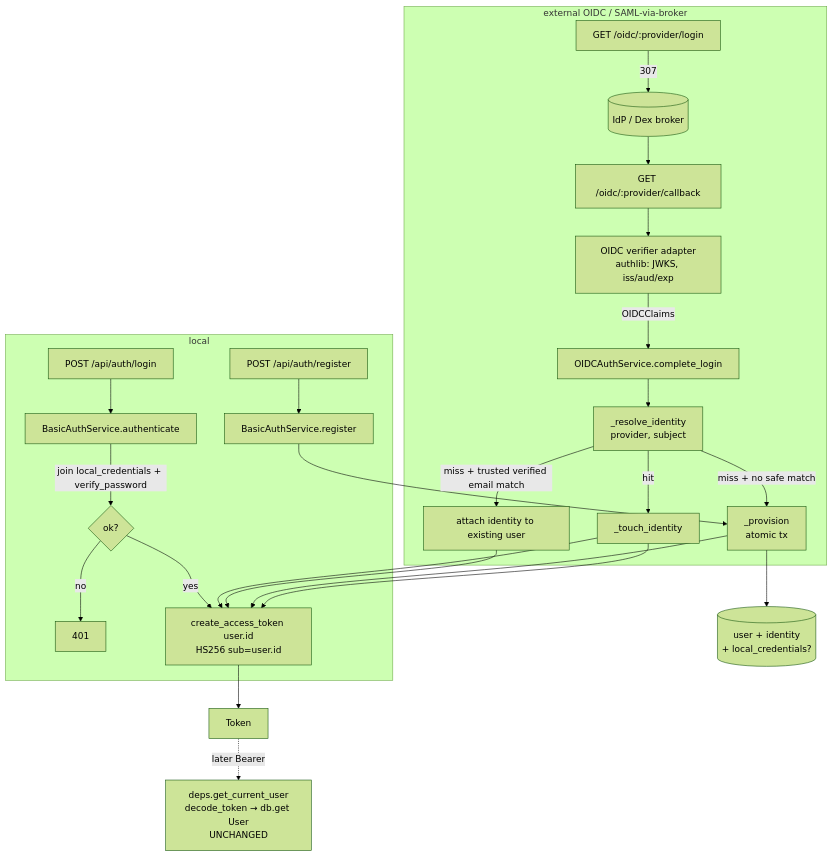
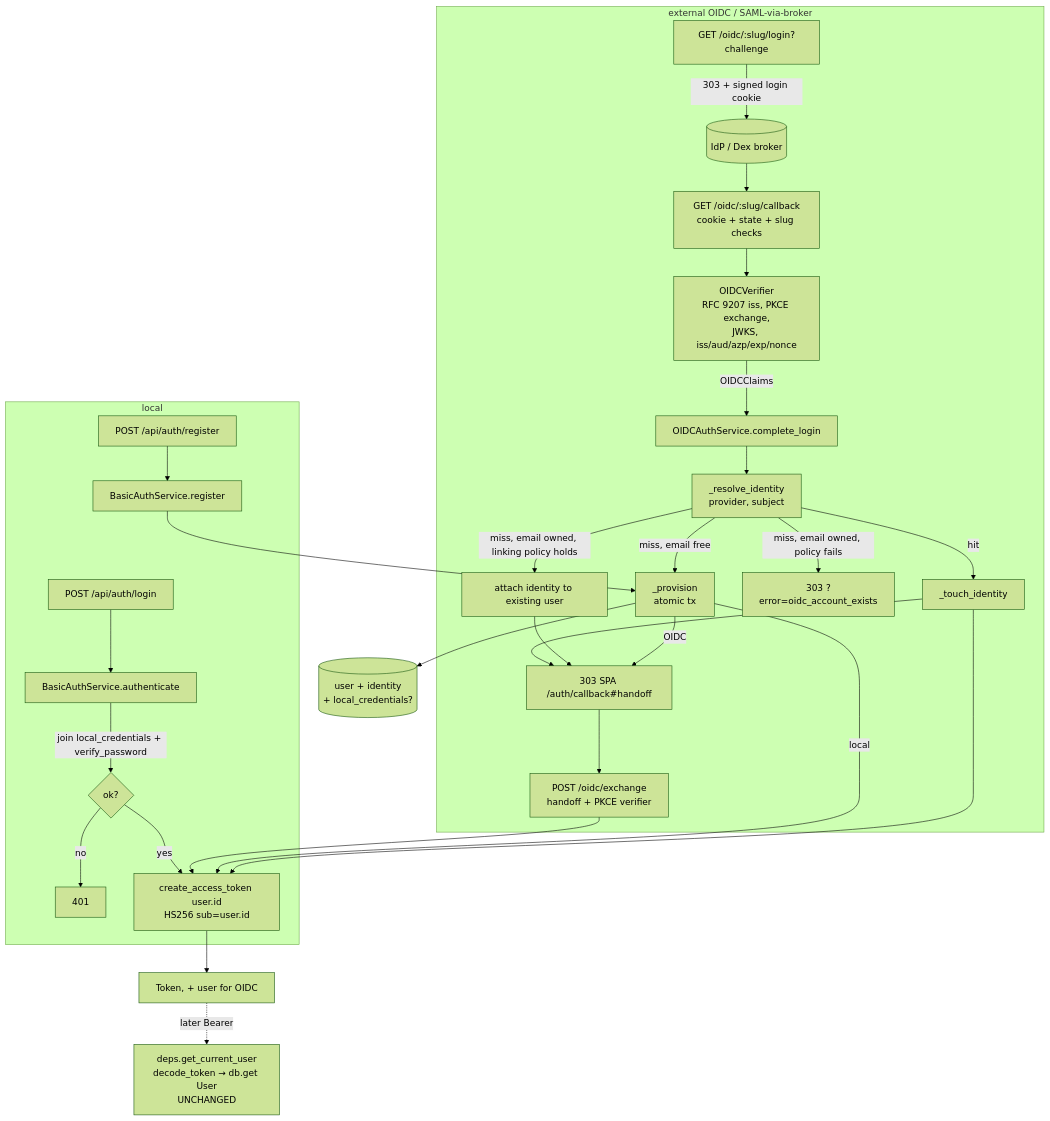
One commit to karthedew/marimohub changed the seventh of 15 diagrams in DESIGN.md. Above: the diagram before and after it, drawn with Mermaid (forest theme). The commit also changed other lines of this file and 151 other files, not shown here.

````diff
--- a/DESIGN.md
+++ b/DESIGN.md
@@ -1151,26 +1295,30 @@
 ```mermaid
 flowchart TD
     subgraph local [local]
         R[POST /api/auth/register] --> RS[BasicAuthService.register]
         L[POST /api/auth/login] --> AS[BasicAuthService.authenticate]
         AS -->|join local_credentials + verify_password| AV{ok?}
         AV -->|no| N401[401]
         AV -->|yes| TOK
     end
     subgraph oidc [external OIDC / SAML-via-broker]
-        OL[GET /oidc/:provider/login] -->|307| IdP[(IdP / Dex broker)]
-        IdP --> CB[GET /oidc/:provider/callback]
-        CB --> VER[OIDC verifier adapter<br/>authlib: JWKS, iss/aud/exp]
+        OL[GET /oidc/:slug/login?challenge] -->|303 + signed login cookie| IdP[(IdP / Dex broker)]
+        IdP --> CB[GET /oidc/:slug/callback<br/>cookie + state + slug checks]
+        CB --> VER[OIDCVerifier<br/>RFC 9207 iss, PKCE exchange,<br/>JWKS, iss/aud/azp/exp/nonce]
         VER -->|OIDCClaims| CL[OIDCAuthService.complete_login]
         CL --> RES[_resolve_identity<br/>provider, subject]
-        RES -->|hit| TOUCH[_touch_identity] --> TOK
-        RES -->|miss + trusted verified email match| LINK[attach identity to existing user] --> TOK
-        RES -->|miss + no safe match| PROV
+        RES -->|hit| TOUCH[_touch_identity] --> HO
+        RES -->|miss, email owned, linking policy holds| LINK[attach identity to existing user] --> HO
+        RES -->|miss, email owned, policy fails| AE[303 ?error=oidc_account_exists]
+        RES -->|miss, email free| PROV
+        HO[303 SPA /auth/callback#handoff] --> EX[POST /oidc/exchange<br/>handoff + PKCE verifier]
+        EX --> TOK
     end
     RS --> PROV[_provision<br/>atomic tx]
     PROV --> DB[(user + identity<br/>+ local_credentials?)]
-    PROV --> TOK
+    PROV -->|local| TOK
+    PROV -->|OIDC| HO
     TOUCH --> TOK[create_access_token user.id<br/>HS256 sub=user.id]
-    TOK --> CLIENT[Token]
+    TOK --> CLIENT[Token, + user for OIDC]
     CLIENT -.later Bearer.-> GCU[deps.get_current_user<br/>decode_token → db.get User<br/>UNCHANGED]
 ```
````
